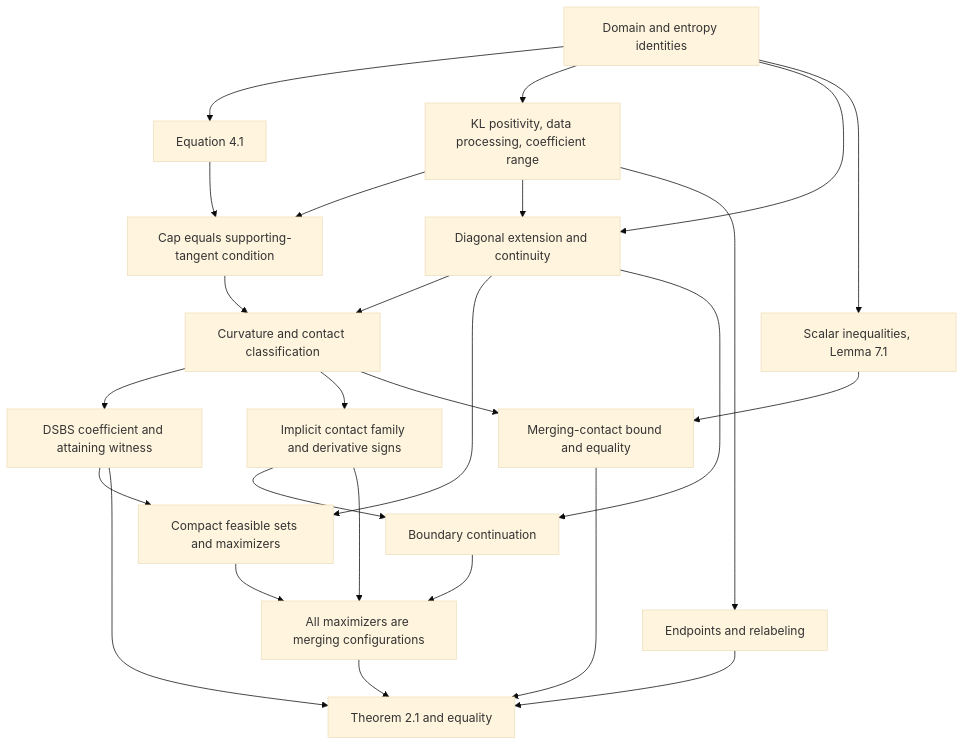
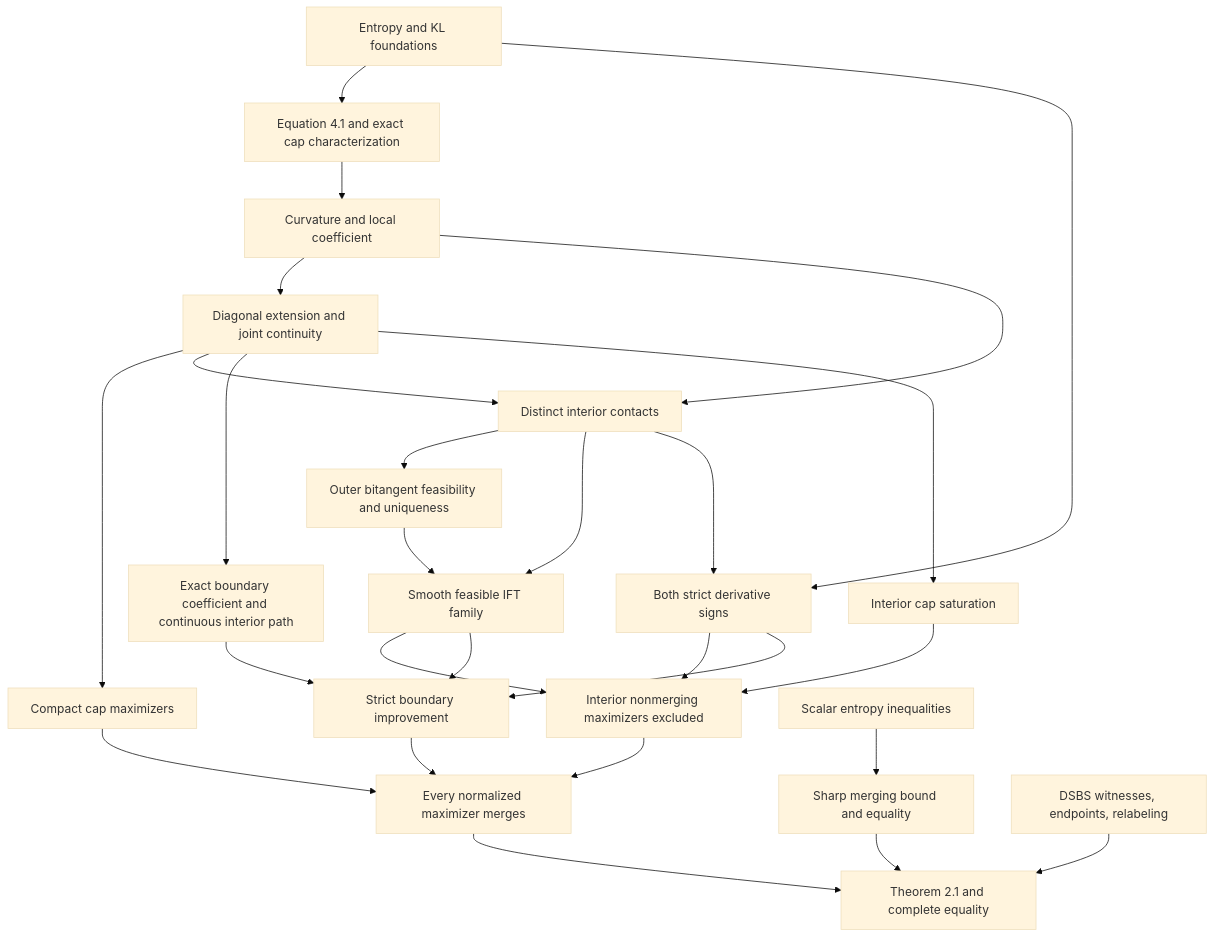
One commit to Rebecca0v0/Lean_A-Sharp-Mutual-Information-Bound-for-Binary-Pairs changed the diagram in blueprint.md. Above: the diagram before and after it, drawn with Mermaid (base theme). The commit also changed other lines of this file and 28 other files, not shown here.

First line of the commit message:
Complete scalar Theorem 2.1 and its equality classification

````diff
--- a/blueprint.md
+++ b/blueprint.md
@@ -78,28 +37,29 @@
 ```mermaid
 flowchart TD
-  A[Domain and entropy identities] --> B[Equation 4.1]
-  A --> C[KL positivity, data processing, coefficient range]
-  B --> D[Cap equals supporting-tangent condition]
-  C --> D
-  A --> E[Diagonal extension and continuity]
-  C --> E
-  D --> F[Curvature and contact classification]
-  E --> F
-  F --> G[DSBS coefficient and attaining witness]
-  E --> H[Compact feasible sets and maximizers]
-  G --> H
-  F --> I[Implicit contact family and derivative signs]
-  E --> J[Boundary continuation]
+  A[Entropy and KL foundations] --> B[Equation 4.1 and exact cap characterization]
+  B --> C[Curvature and local coefficient]
+  C --> D[Diagonal extension and joint continuity]
+  D --> E[Compact cap maximizers]
+  C --> F[Distinct interior contacts]
+  D --> F
+  F --> G[Outer bitangent feasibility and uniqueness]
+  G --> H[Smooth feasible IFT family]
+  F --> H
+  A --> I[Both strict derivative signs]
+  F --> I
+  H --> J[Interior nonmerging maximizers excluded]
   I --> J
-  A --> K[Scalar inequalities, Lemma 7.1]
-  K --> L[Merging-contact bound and equality]
-  F --> L
-  H --> M[All maximizers are merging configurations]
-  I --> M
-  J --> M
-  M --> N[Theorem 2.1 and equality]
+  D --> K[Exact boundary coefficient and continuous interior path]
+  H --> L[Strict boundary improvement]
+  I --> L
+  K --> L
+  D --> M[Interior cap saturation]
+  E --> N[Every normalized maximizer merges]
+  J --> N
   L --> N
-  G --> N
-  C --> O[Endpoints and relabeling]
-  O --> N
+  M --> J
+  O[Scalar entropy inequalities] --> P[Sharp merging bound and equality]
+  P --> Q[Theorem 2.1 and complete equality]
+  N --> Q
+  R[DSBS witnesses, endpoints, relabeling] --> Q
 ```
````
